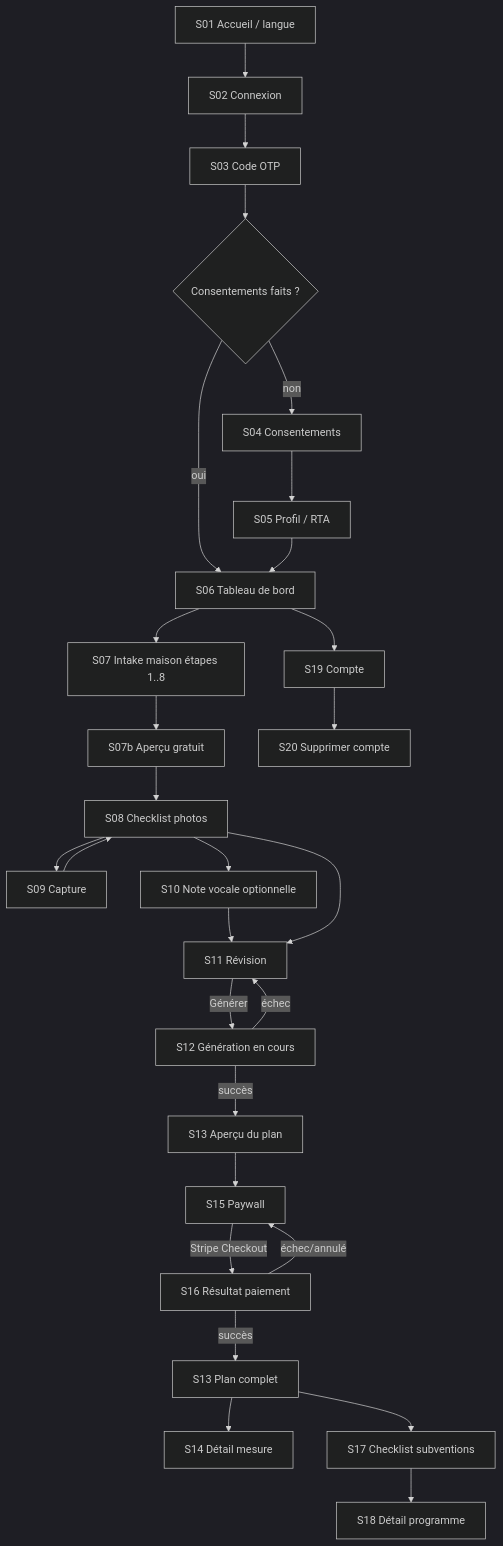
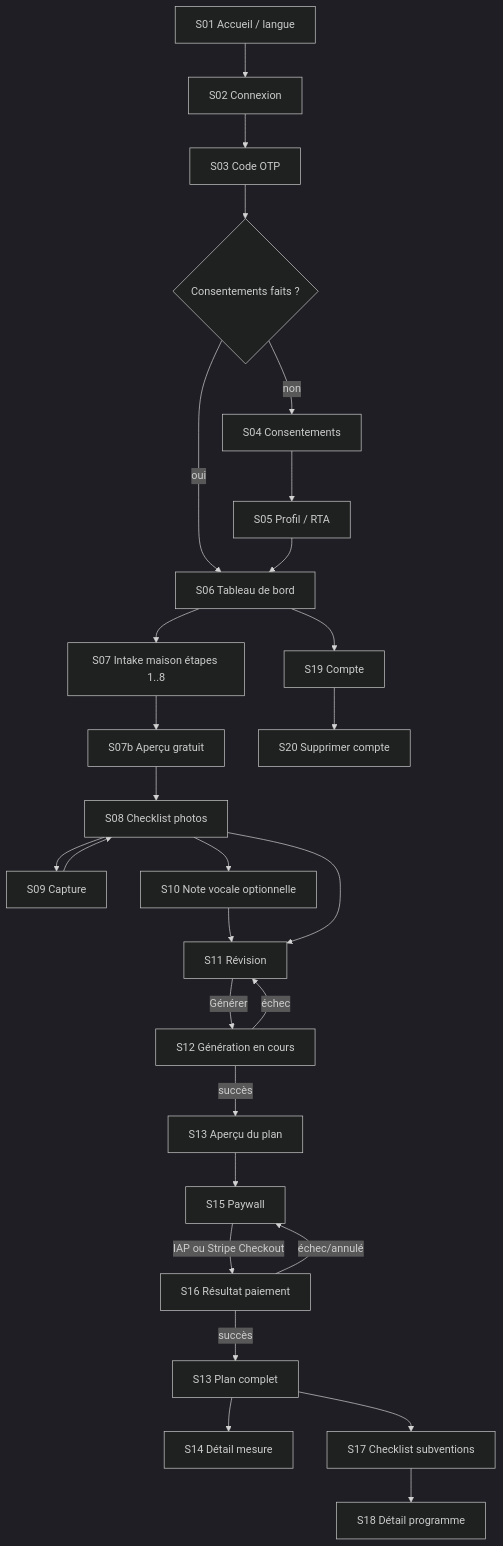
Before and after one commit to VernoB/renoroute: the diagram in docs/04-ui-ux.md, drawn with Mermaid (dark theme). The commit also changed other lines of this file and 7 other files, not shown here.

````diff
--- a/docs/04-ui-ux.md
+++ b/docs/04-ui-ux.md
@@ -47,30 +47,30 @@
 ```mermaid
 flowchart TD
   A[S01 Accueil / langue] --> B[S02 Connexion]
   B --> C[S03 Code OTP]
   C --> D{Consentements faits ?}
   D -- non --> E[S04 Consentements]
   E --> F[S05 Profil / RTA]
   D -- oui --> G[S06 Tableau de bord]
   F --> G
   G --> H[S07 Intake maison étapes 1..8]
   H --> H2[S07b Aperçu gratuit]
   H2 --> I[S08 Checklist photos]
   I --> J[S09 Capture]
   J --> I
   I --> K[S10 Note vocale optionnelle]
   K --> L[S11 Révision]
   I --> L
   L -- Générer --> M[S12 Génération en cours]
   M -- succès --> N[S13 Aperçu du plan]
   M -- échec --> L
   N --> O[S15 Paywall]
-  O -- Stripe Checkout --> P[S16 Résultat paiement]
+  O -- IAP ou Stripe Checkout --> P[S16 Résultat paiement]
   P -- succès --> Q[S13 Plan complet]
   P -- échec/annulé --> O
   Q --> R[S14 Détail mesure]
   Q --> S[S17 Checklist subventions]
   S --> T[S18 Détail programme]
   G --> U[S19 Compte]
   U --> V[S20 Supprimer compte]
 ```
````
